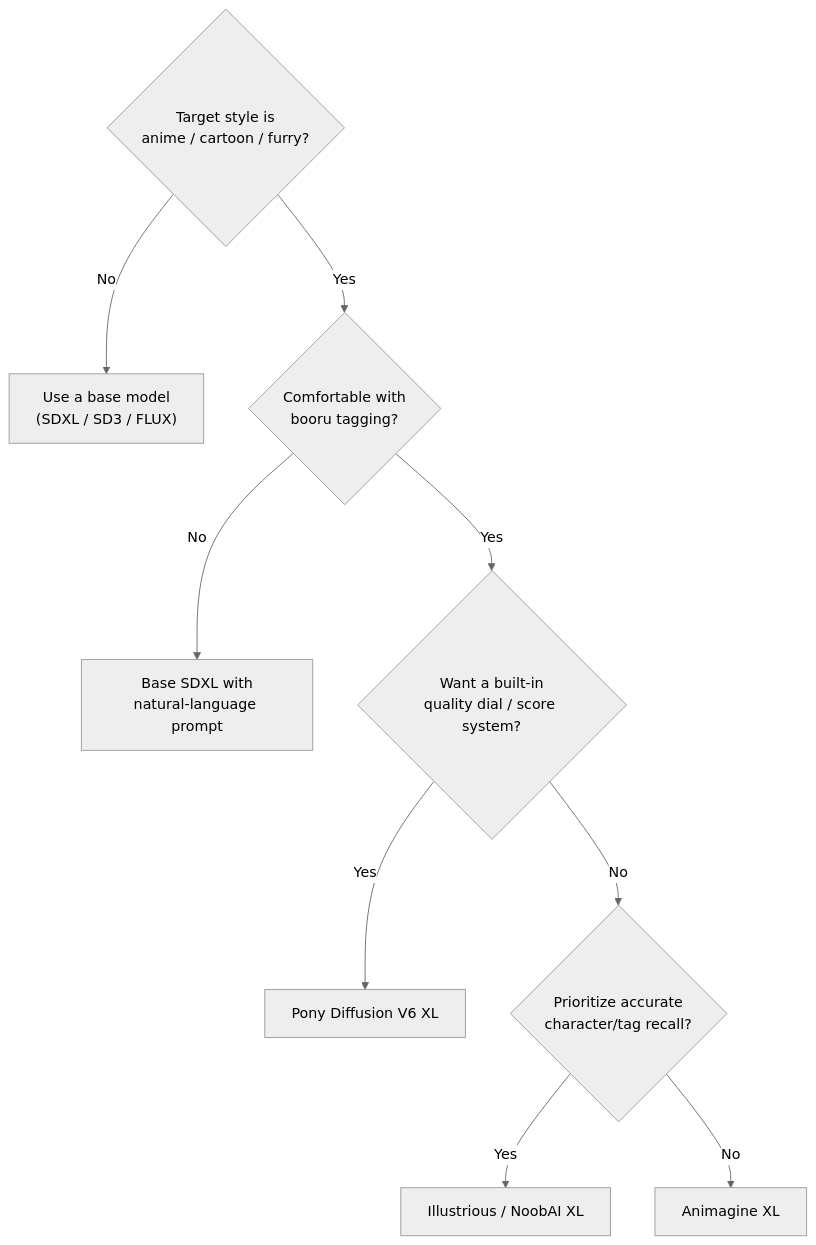
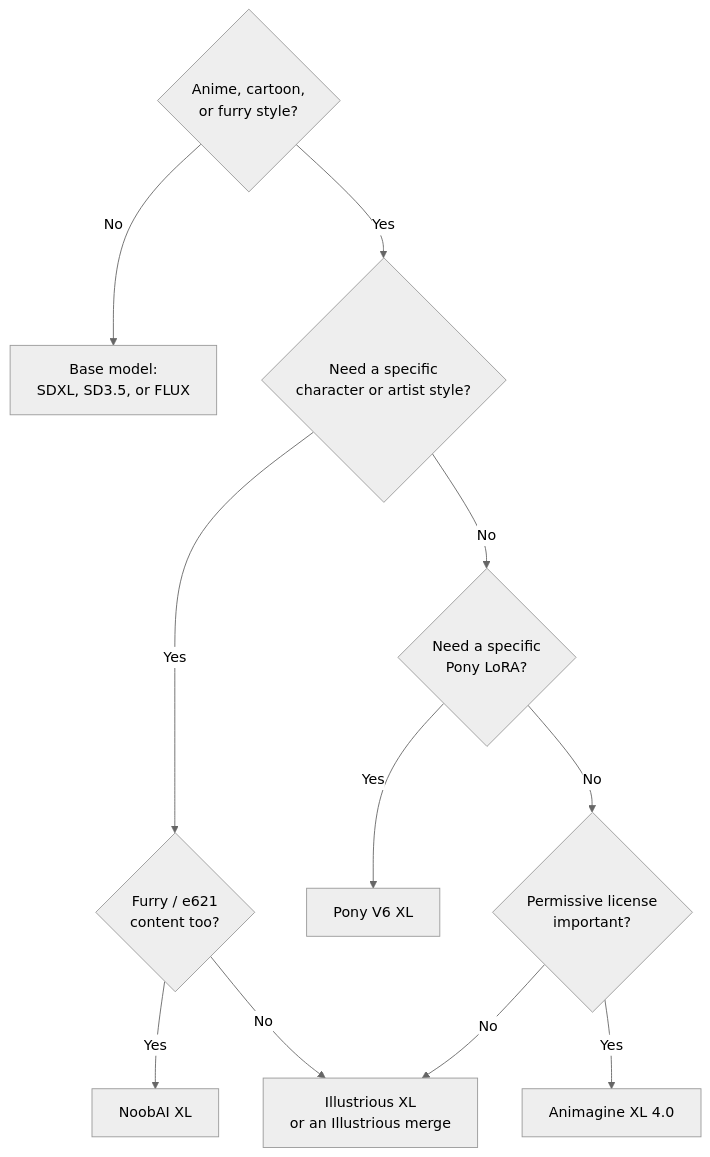
Before and after one commit to AndrewAltimit/Documentation: the third of 3 diagrams in github-pages/docs/ai-ml/pony-and-finetunes.md, drawn with Mermaid (neutral theme). The commit also changed other lines of this file and 240 other files, not shown here.

````diff
--- a/github-pages/docs/ai-ml/pony-and-finetunes.md
+++ b/github-pages/docs/ai-ml/pony-and-finetunes.md
@@ -221,12 +214,14 @@
 ```mermaid
 flowchart TD
-    Q1{"Target style is<br/>anime / cartoon / furry?"}
-    Q1 -->|No| Base["Use a base model<br/>(SDXL / SD3 / FLUX)"]
-    Q1 -->|Yes| Q2{"Comfortable with<br/>booru tagging?"}
-    Q2 -->|No| Base2["Base SDXL with<br/>natural-language prompt"]
-    Q2 -->|Yes| Q3{"Want a built-in<br/>quality dial / score system?"}
-    Q3 -->|Yes| Pony["Pony Diffusion V6 XL"]
-    Q3 -->|No| Q4{"Prioritize accurate<br/>character/tag recall?"}
-    Q4 -->|Yes| Illu["Illustrious / NoobAI XL"]
-    Q4 -->|No| Anima["Animagine XL"]
+    Q1{"Anime, cartoon,<br/>or furry style?"}
+    Q1 -->|No| Base["Base model:<br/>SDXL, SD3.5, or FLUX"]
+    Q1 -->|Yes| Q2{"Need a specific<br/>character or artist style?"}
+    Q2 -->|Yes| Q3{"Furry / e621<br/>content too?"}
+    Q3 -->|Yes| Noob["NoobAI XL"]
+    Q3 -->|No| Illu["Illustrious XL<br/>or an Illustrious merge"]
+    Q2 -->|No| Q4{"Need a specific<br/>Pony LoRA?"}
+    Q4 -->|Yes| Pony["Pony V6 XL"]
+    Q4 -->|No| Q5{"Permissive license<br/>important?"}
+    Q5 -->|Yes| Anim["Animagine XL 4.0"]
+    Q5 -->|No| Illu
 ```
````
